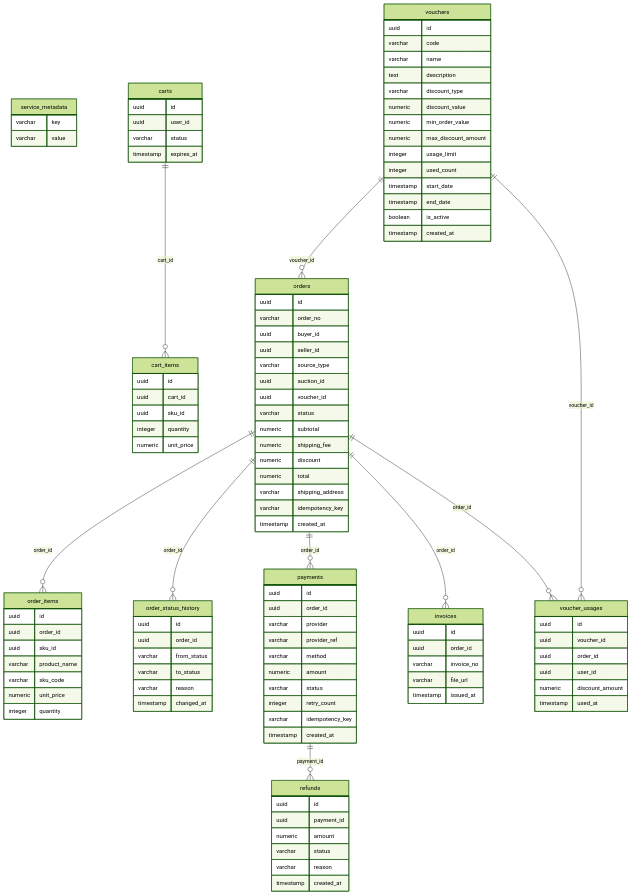
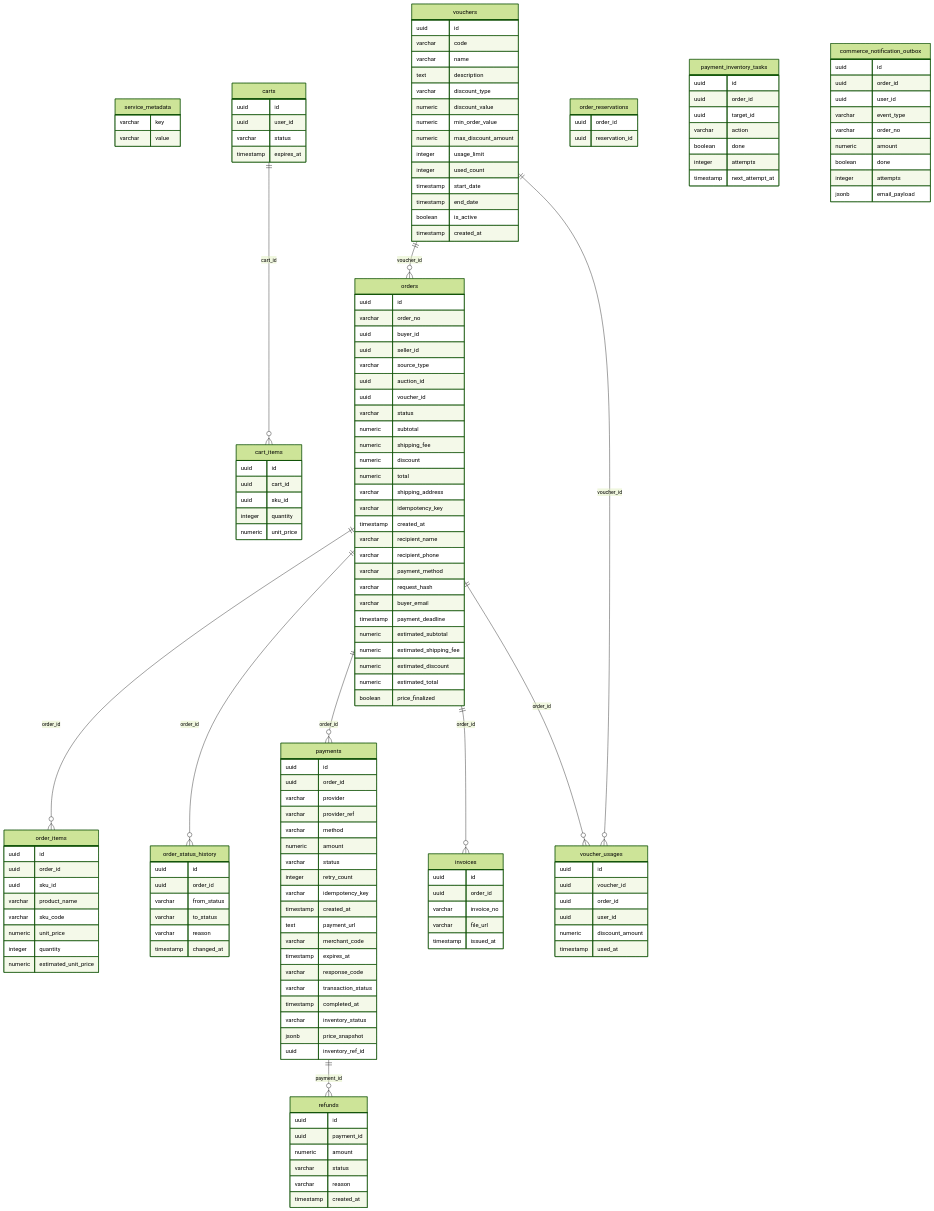
One commit to harry-leon/e-commerce-auction changed the third of 7 diagrams in docs/database/ERD.md. Above: the diagram before and after it, drawn with Mermaid (forest theme). The commit also changed other lines of this file and 95 other files, not shown here.

Commit message:
feat(dynamic-pricing): implement SKU dynamic pricing and deferred order payment snapshots

```diff
--- a/docs/database/ERD.md
+++ b/docs/database/ERD.md
@@ -143,6 +157,17 @@
     varchar shipping_address
     varchar idempotency_key
     timestamp created_at
+    varchar recipient_name
+    varchar recipient_phone
+    varchar payment_method
+    varchar request_hash
+    varchar buyer_email
+    timestamp payment_deadline
+    numeric estimated_subtotal
+    numeric estimated_shipping_fee
+    numeric estimated_discount
+    numeric estimated_total
+    boolean price_finalized
   }
   order_items {
     uuid id
@@ -152,6 +177,7 @@
     varchar sku_code
     numeric unit_price
     integer quantity
+    numeric estimated_unit_price
   }
   order_status_history {
     uuid id
@@ -172,6 +198,15 @@
     integer retry_count
     varchar idempotency_key
     timestamp created_at
+    text payment_url
+    varchar merchant_code
+    timestamp expires_at
+    varchar response_code
+    varchar transaction_status
+    timestamp completed_at
+    varchar inventory_status
+    jsonb price_snapshot
+    uuid inventory_ref_id
   }
   refunds {
     uuid id
@@ -196,6 +231,30 @@
     numeric discount_amount
     timestamp used_at
   }
+  order_reservations {
+    uuid order_id
+    uuid reservation_id
+  }
+  payment_inventory_tasks {
+    uuid id
+    uuid order_id
+    uuid target_id
+    varchar action
+    boolean done
+    integer attempts
+    timestamp next_attempt_at
+  }
+  commerce_notification_outbox {
+    uuid id
+    uuid order_id
+    uuid user_id
+    varchar event_type
+    varchar order_no
+    numeric amount
+    boolean done
+    integer attempts
+    jsonb email_payload
+  }
   carts ||--o{ cart_items : cart_id
   vouchers ||--o{ orders : voucher_id
   orders ||--o{ order_items : order_id
```
